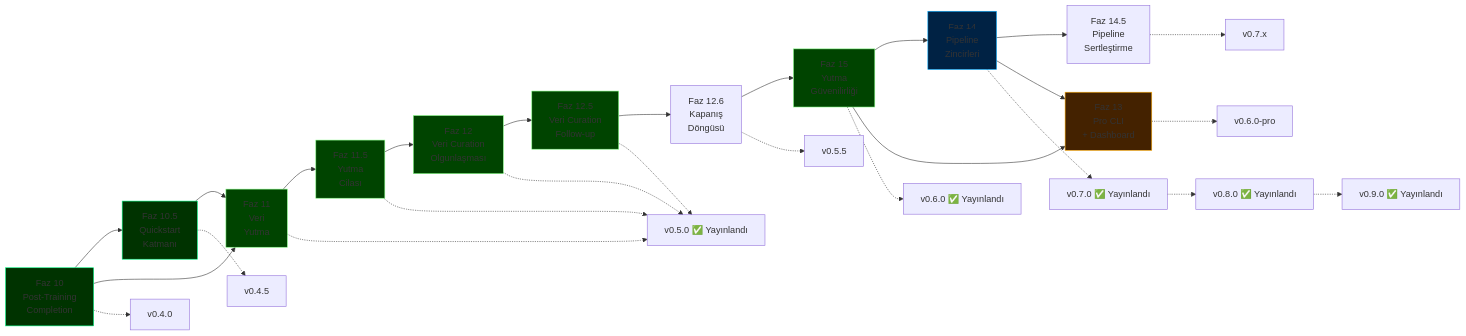
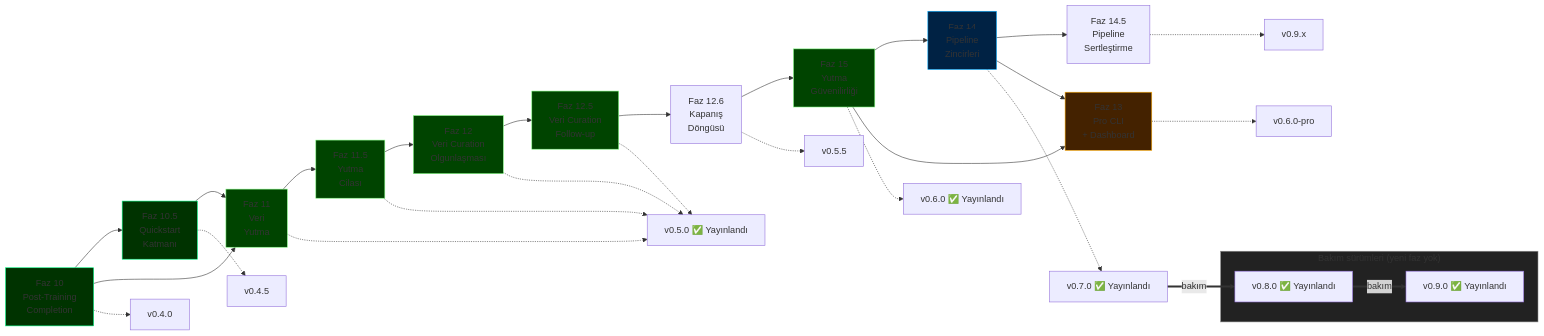
The diagram in docs/roadmap-tr.md (HodeTech/ForgeLM), drawn with Mermaid before and after one commit. The commit also changed other lines of this file and 16 other files, not shown here.

````diff
--- a/docs/roadmap-tr.md
+++ b/docs/roadmap-tr.md
@@ -50,39 +50,46 @@
 ```mermaid
 graph LR
     P10[Faz 10<br/>Post-Training<br/>Completion] --> P105[Faz 10.5<br/>Quickstart<br/>Katmanı]
     P10 --> P11[Faz 11<br/>Veri<br/>Yutma]
     P105 --> P11
     P11 --> P115[Faz 11.5<br/>Yutma<br/>Cilası]
     P115 --> P12[Faz 12<br/>Veri Curation<br/>Olgunlaşması]
     P12 --> P125[Faz 12.5<br/>Veri Curation<br/>Follow-up]
     P125 --> P126[Faz 12.6<br/>Kapanış<br/>Döngüsü]
     P126 --> P15[Faz 15<br/>Yutma<br/>Güvenilirliği]
     P15 --> P14[Faz 14<br/>Pipeline<br/>Zincirleri]
     P14 --> P145[Faz 14.5<br/>Pipeline<br/>Sertleştirme]
     P14 --> P13[Faz 13<br/>Pro CLI<br/>+ Dashboard]
     P15 --> P13
 
     P10 -.-> V1[v0.4.0]
     P105 -.-> V15[v0.4.5]
     P11 -.-> V2[v0.5.0 ✅ Yayınlandı]
     P115 -.-> V2
     P12 -.-> V2
     P125 -.-> V2
     P126 -.-> V25[v0.5.5]
     P15 -.-> V23[v0.6.0 ✅ Yayınlandı]
     P14 -.-> V27[v0.7.0 ✅ Yayınlandı]
-    V27 -.-> V28[v0.8.0 ✅ Yayınlandı]
-    V28 -.-> V29[v0.9.0 ✅ Yayınlandı]
-    P145 -.-> V275[v0.7.x]
+    P145 -.-> V275[v0.9.x]
     P13 -.-> V3[v0.6.0-pro]
+
+    subgraph MAINT["Bakım sürümleri (yeni faz yok)"]
+        V28[v0.8.0 ✅ Yayınlandı]
+        V29[v0.9.0 ✅ Yayınlandı]
+    end
+
+    V27 ==>|bakım| V28
+    V28 ==>|bakım| V29
 
     style P10 fill:#003300,stroke:#00ff88
     style P105 fill:#003300,stroke:#00ff88
     style P11 fill:#004400,stroke:#88ff88
     style P115 fill:#004400,stroke:#88ff88
     style P12 fill:#004400,stroke:#88ff88
     style P125 fill:#004400,stroke:#88ff88
     style P15 fill:#004400,stroke:#88ff88
     style P14 fill:#002244,stroke:#00aaff
     style P13 fill:#442200,stroke:#ffaa00
+    style MAINT fill:#222222,stroke:#888888
 ```
````
